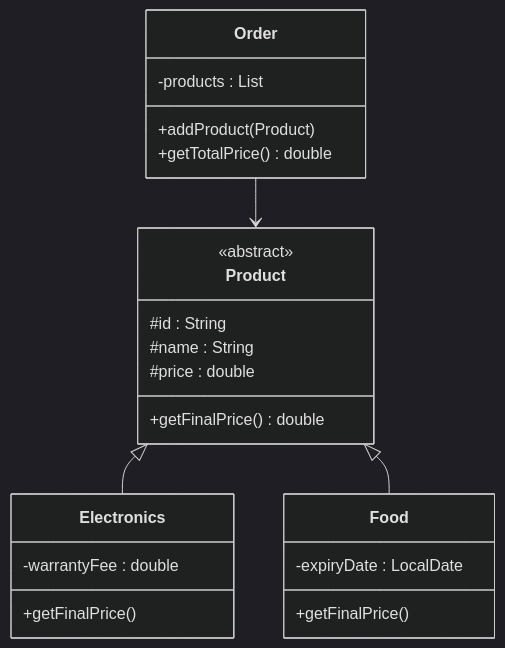
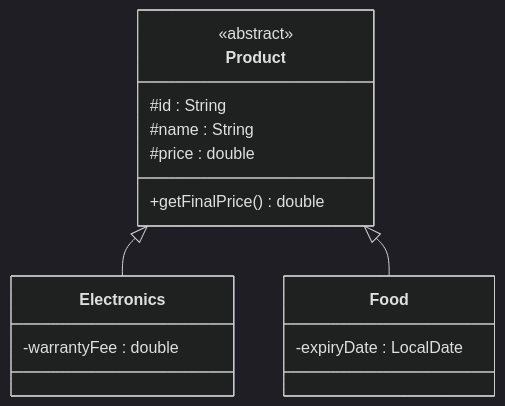
The diagram in Week3/Bai06/README.md (cecon123/ltnc-uet), drawn with Mermaid (dark theme) before and after one commit. The commit also changed other lines of this file and 18 other files, not shown here.

````diff
--- a/Week3/Bai06/README.md
+++ b/Week3/Bai06/README.md
@@ -165,31 +125,22 @@
 ```mermaid
 classDiagram
 
 class Product {
     <<abstract>>
     #id : String
     #name : String
     #price : double
     +getFinalPrice() double
 }
 
 class Electronics {
     -warrantyFee : double
-    +getFinalPrice()
 }
 
 class Food {
     -expiryDate : LocalDate
-    +getFinalPrice()
-}
-
-class Order {
-    -products : List<Product>
-    +addProduct(Product)
-    +getTotalPrice() double
 }
 
 Product <|-- Electronics
 Product <|-- Food
-Order --> Product
 ```
````
